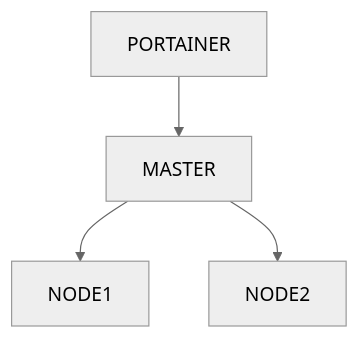
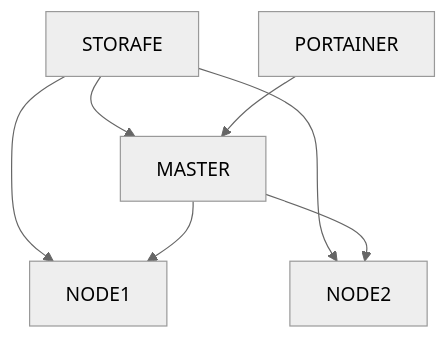
Before and after one commit to rafaeltadeu01/swarm-station: the diagram in README.md, drawn with Mermaid (neutral theme). The commit also changed other lines of this file and 47 other files, not shown here.

````diff
--- a/README.md
+++ b/README.md
@@ -7,6 +7,9 @@
 ```mermaid
 graph TD;
+    STORAFE-->MASTER;
+    STORAFE-->NODE1;
+    STORAFE-->NODE2;
     PORTAINER-->MASTER;
     MASTER-->NODE1;
     MASTER-->NODE2;
 ```
````
